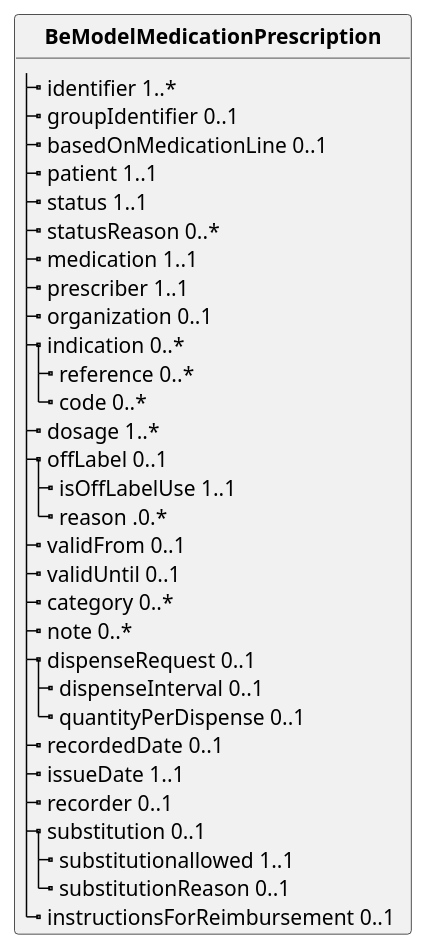
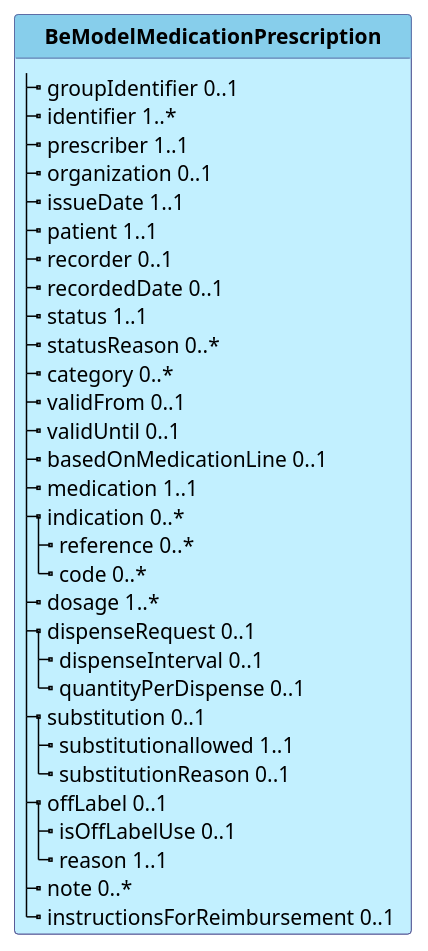
The diagram in input/images-source/be-model-medicationprescription.plantuml (hl7-be/medication), drawn with PlantUML before and after one commit. The commit also changed 2 other files, not shown here.

Commit message:
update diagrams to current models

```diff
--- a/input/images-source/be-model-medicationprescription.plantuml
+++ b/input/images-source/be-model-medicationprescription.plantuml
@@ -1,41 +1,45 @@
 @startuml
 skinparam linetype polyline
 hide circle
 hide stereotype
 
+skinparam class {
+ BorderColor #505090
+ BackgroundColor APPLICATION
+ HeaderBackgroundColor SkyBlue
+}
+
+
 class "**BeModelMedicationPrescription**" as BeModelMedicationPrescription {
+  |_ groupIdentifier 0..1   
   |_ identifier 1..*   
-  |_ groupIdentifier 0..1   
-  |_ basedOnMedicationLine 0..1   
+  |_ prescriber 1..1   
+  |_ organization 0..1   
+  |_ issueDate 1..1   
   |_ patient 1..1   
+  |_ recorder 0..1   
+  |_ recordedDate 0..1   
   |_ status 1..1   
   |_ statusReason 0..*   
+  |_ category 0..*   
+  |_ validFrom 0..1   
+  |_ validUntil 0..1   
+  |_ basedOnMedicationLine 0..1   
   |_ medication 1..1   
-  |_ prescriber 1..1   
-  |_ organization 0..1   
   |_ indication 0..*   
     |_ reference 0..*   
     |_ code 0..*   
   |_ dosage 1..*   
-  |_ offLabel 0..1   
-    |_ isOffLabelUse 1..1   
-    |_ reason .0.*   
-  |_ validFrom 0..1   
-  |_ validUntil 0..1   
-  |_ category 0..*   
-  |_ note 0..*   
   |_ dispenseRequest 0..1   
     |_ dispenseInterval 0..1   
     |_ quantityPerDispense 0..1   
-  |_ recordedDate 0..1   
-  |_ issueDate 1..1   
-  |_ recorder 0..1   
   |_ substitution 0..1   
     |_ substitutionallowed 1..1   
     |_ substitutionReason 0..1   
+  |_ offLabel 0..1   
+    |_ isOffLabelUse 0..1   
+    |_ reason 1..1   
+  |_ note 0..*   
   |_ instructionsForReimbursement 0..1   
 }
-
-
-
 @enduml
```
